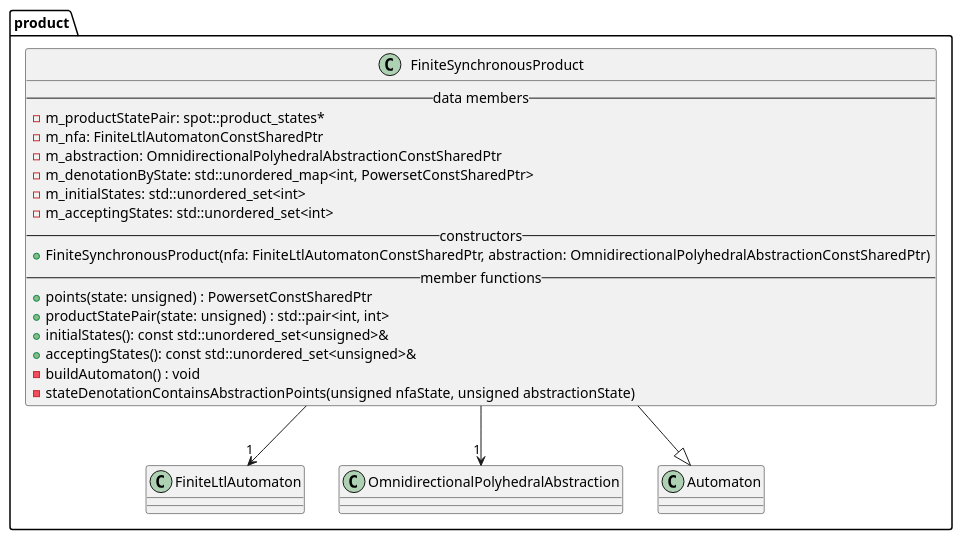
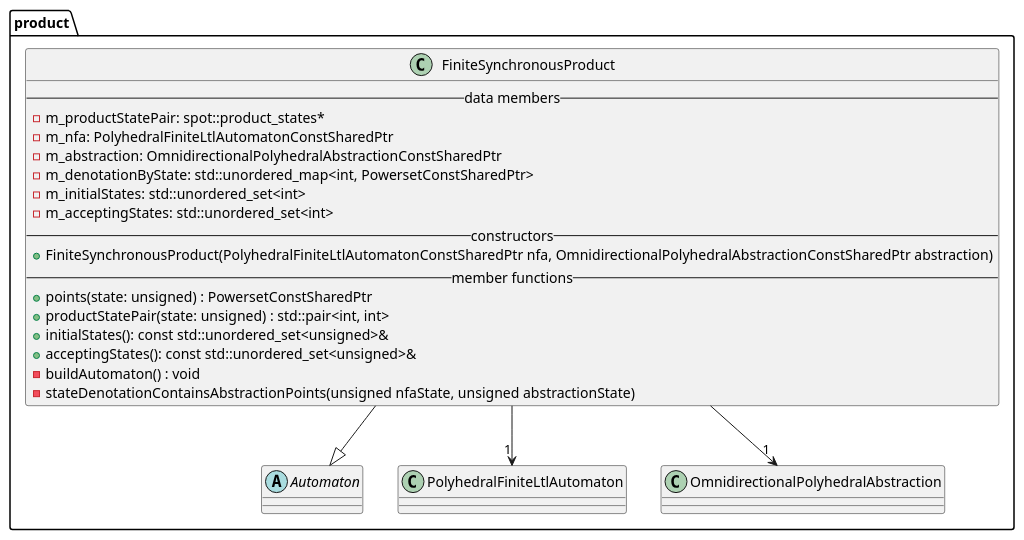
The diagram in docs/plantuml/product.puml (vtramo/rtl-mc), drawn with PlantUML before and after one commit. The commit also changed 28 other files, not shown here.

Commit message:
feat(automata): add Büchi LTL Automaton

```diff
--- a/docs/plantuml/product.puml
+++ b/docs/plantuml/product.puml
@@ -1,27 +1,28 @@
 @startuml
 
 package product {
+    abstract Automaton {}
     class FiniteSynchronousProduct {
         -- data members --
         -m_productStatePair: spot::product_states*
-        -m_nfa: FiniteLtlAutomatonConstSharedPtr
+        -m_nfa: PolyhedralFiniteLtlAutomatonConstSharedPtr
         -m_abstraction: OmnidirectionalPolyhedralAbstractionConstSharedPtr
         -m_denotationByState: std::unordered_map<int, PowersetConstSharedPtr>
         -m_initialStates: std::unordered_set<int>
         -m_acceptingStates: std::unordered_set<int>
         -- constructors --
-        +FiniteSynchronousProduct(nfa: FiniteLtlAutomatonConstSharedPtr, abstraction: OmnidirectionalPolyhedralAbstractionConstSharedPtr)
+        +FiniteSynchronousProduct(PolyhedralFiniteLtlAutomatonConstSharedPtr nfa, OmnidirectionalPolyhedralAbstractionConstSharedPtr abstraction)
         -- member functions --
         +points(state: unsigned) : PowersetConstSharedPtr
         +productStatePair(state: unsigned) : std::pair<int, int>
         +initialStates(): const std::unordered_set<unsigned>&
         +acceptingStates(): const std::unordered_set<unsigned>&
         -buildAutomaton() : void
         -stateDenotationContainsAbstractionPoints(unsigned nfaState, unsigned abstractionState)
     }
 
-    FiniteSynchronousProduct --> "1" FiniteLtlAutomaton
+    FiniteSynchronousProduct --> "1" PolyhedralFiniteLtlAutomaton
     FiniteSynchronousProduct --> "1" OmnidirectionalPolyhedralAbstraction
     FiniteSynchronousProduct --|> Automaton
 }
 @enduml
```
